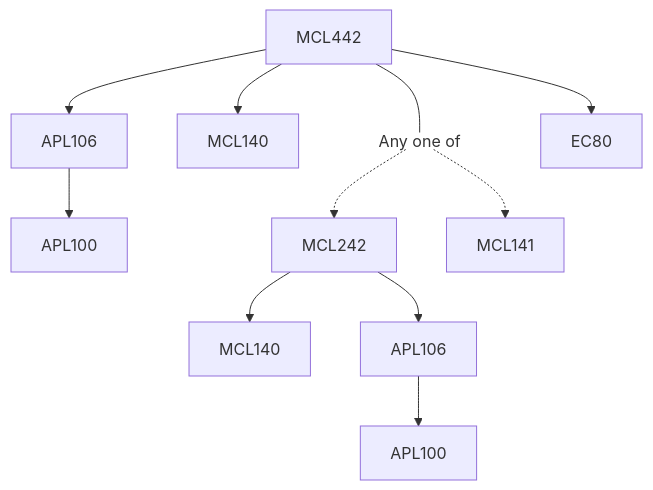
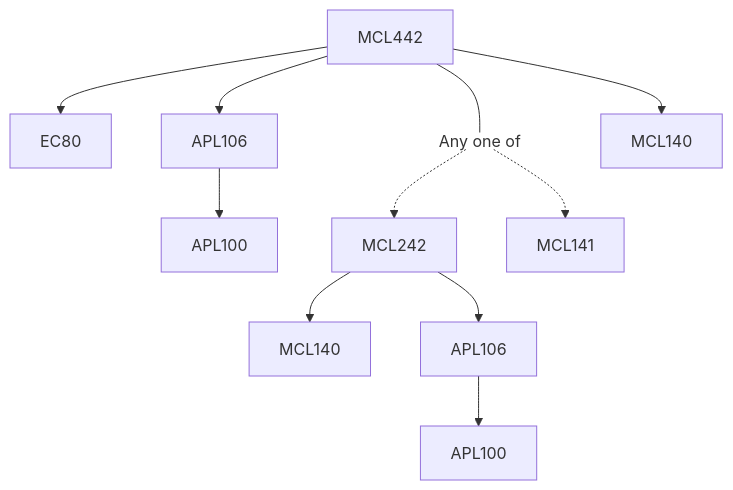
One commit to KeshavBansal0122/CoS_Website changed the diagram in content/Mechanical Engineering/MCL442.md. Above: the diagram before and after it, drawn with Mermaid. The commit also changed other lines of this file and 392 other files, not shown here.

````diff
--- a/content/Mechanical Engineering/MCL442.md
+++ b/content/Mechanical Engineering/MCL442.md
@@ -13,17 +13,17 @@
 ```mermaid
 flowchart TD
 MCL442-1443[MCL442]
+MCL442-1443 --> EC80-1443[EC80]
 APL106-1443 --> APL100-1443[APL100]
-MCL442-1443 --> MCL140-1443[MCL140]
 MCL442-1443 --- Or1444[Any one of]:::empty
 MCL242-1445 --> MCL140-1445[MCL140]
 Or1444 -.-> MCL242-1445[MCL242]
 MCL242-1445 --> APL106-1445[APL106]
 APL106-1445 --> APL100-1445[APL100]
 Or1444 -.-> MCL141-1446[MCL141]
 MCL442-1443 --> APL106-1443[APL106]
-MCL442-1443 --> EC80-1443[EC80]
+MCL442-1443 --> MCL140-1443[MCL140]
 
 classDef empty height:17px, fill:transparent, stroke:transparent;
 classDef trueEmpty height:0px, width:0px;
 ```
````
